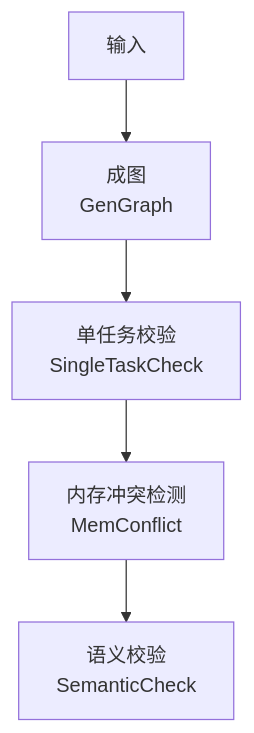
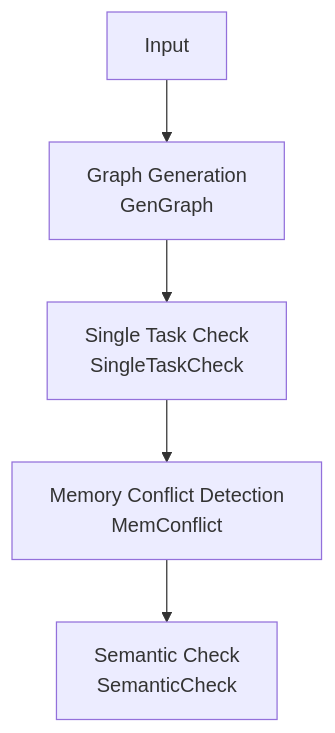
One commit to Atlas-Ascend-Fork/hcomm changed the first of 19 diagrams in test/hccl_vm/docs/checker_quick_intro_en.md. Above: the diagram before and after it, drawn with Mermaid. The commit also changed other lines of this file and 73 other files, not shown here.

````diff
--- a/test/hccl_vm/docs/checker_quick_intro_en.md
+++ b/test/hccl_vm/docs/checker_quick_intro_en.md
@@ -32,9 +32,9 @@
 ```mermaid
 flowchart TD
-    INPUT["输入"]
-    GG["成图\nGenGraph"]
-    ST["单任务校验\nSingleTaskCheck"]
-    MC["内存冲突检测\nMemConflict"]
-    SC["语义校验\nSemanticCheck"]
+    INPUT["Input"]
+    GG["Graph Generation\nGenGraph"]
+    ST["Single Task Check\nSingleTaskCheck"]
+    MC["Memory Conflict Detection\nMemConflict"]
+    SC["Semantic Check\nSemanticCheck"]
     INPUT --> GG --> ST --> MC --> SC
 ```
````
